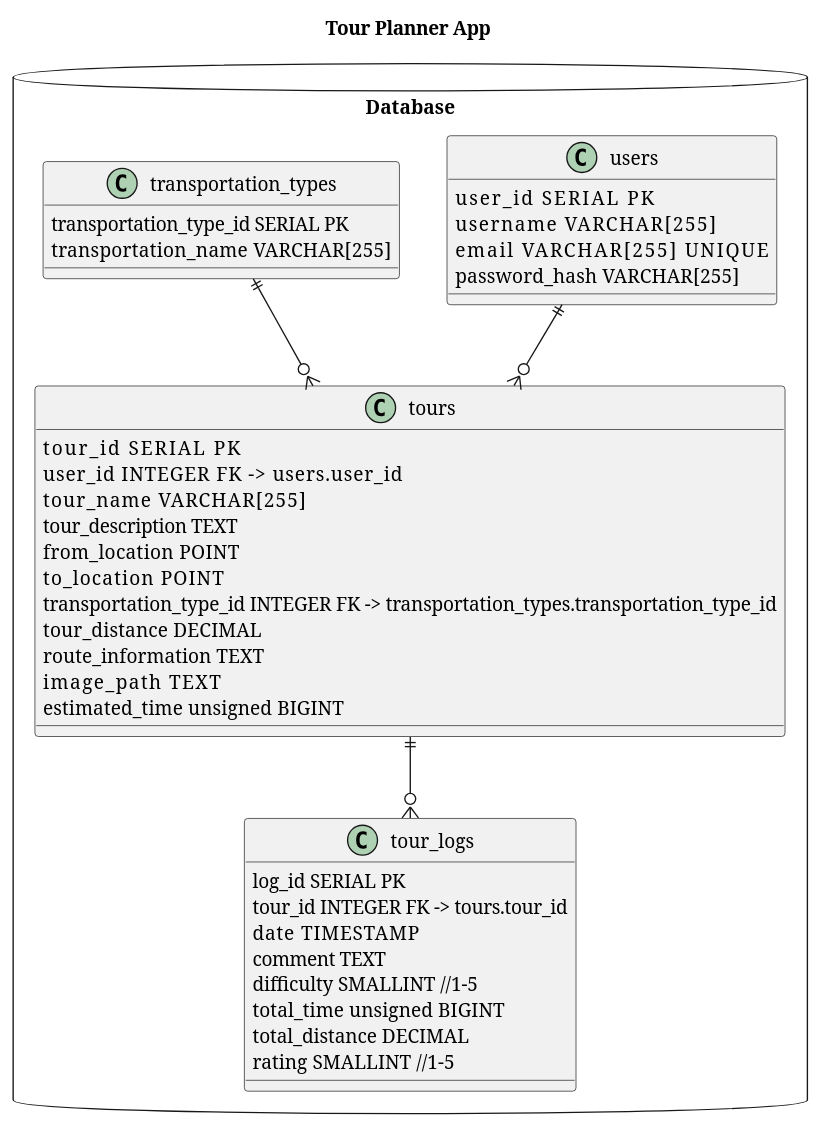
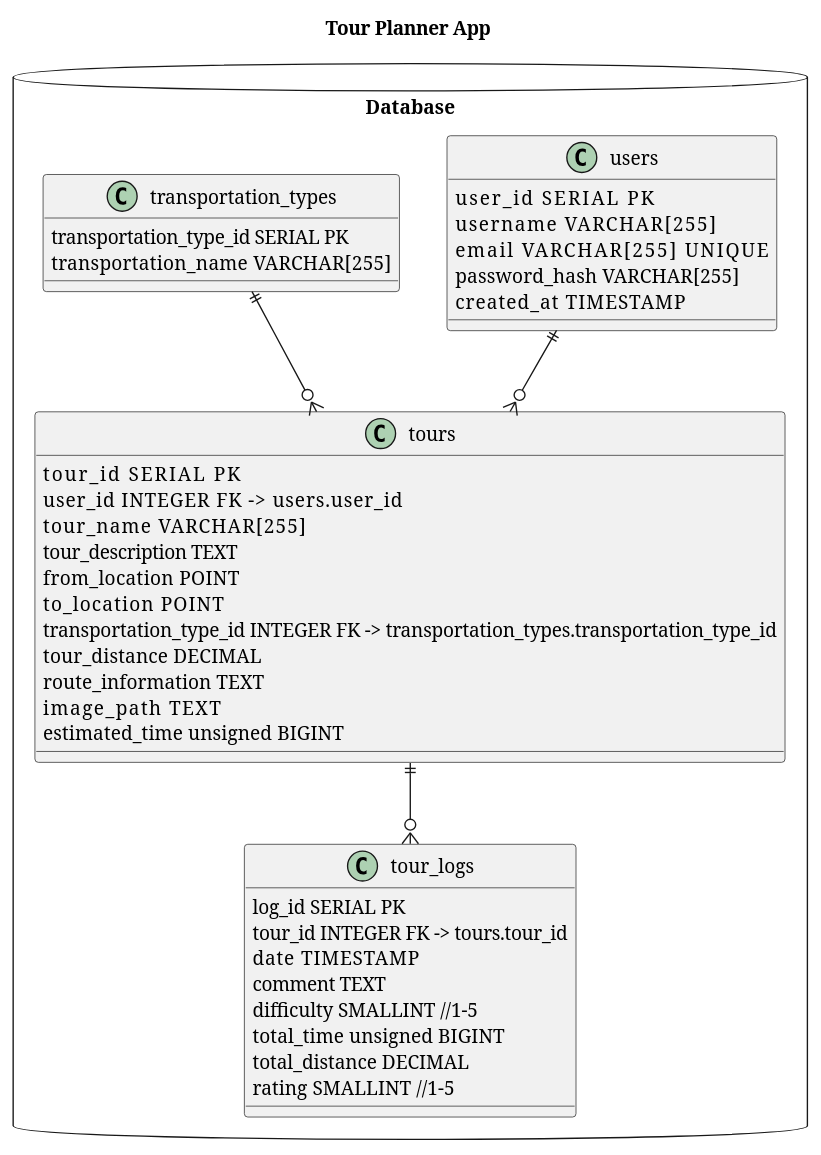
The diagram in documentation/database.puml (Z1rael/tour-planner-app), drawn with PlantUML before and after one commit. The commit also changed 3 other files, not shown here.

```diff
--- a/documentation/database.puml
+++ b/documentation/database.puml
@@ -1,44 +1,45 @@
 @startuml
 title Tour Planner App
 
 database "Database" {
     class users {
         user_id         SERIAL PK
         username        VARCHAR[255]
         email           VARCHAR[255] UNIQUE
         password_hash   VARCHAR[255]
+        created_at      TIMESTAMP
     }
     class tours {
         tour_id         SERIAL PK
         user_id         INTEGER FK -> users.user_id
         tour_name       VARCHAR[255]
         tour_description TEXT
         from_location   POINT
         to_location     POINT
         transportation_type_id INTEGER FK -> transportation_types.transportation_type_id
         tour_distance   DECIMAL
         route_information   TEXT
         image_path      TEXT
         estimated_time  unsigned BIGINT
     }
     class tour_logs {
         log_id  SERIAL PK
         tour_id INTEGER FK -> tours.tour_id
         date    TIMESTAMP
         comment TEXT
         difficulty  SMALLINT //1-5
         total_time  unsigned BIGINT
         total_distance  DECIMAL
         rating  SMALLINT //1-5
 
     }
     class transportation_types {
         transportation_type_id SERIAL PK
         transportation_name    VARCHAR[255]
     }
     users ||--o{ tours
     tours ||--o{ tour_logs
     transportation_types ||--o{ tours
 }
 
 @enduml
```
